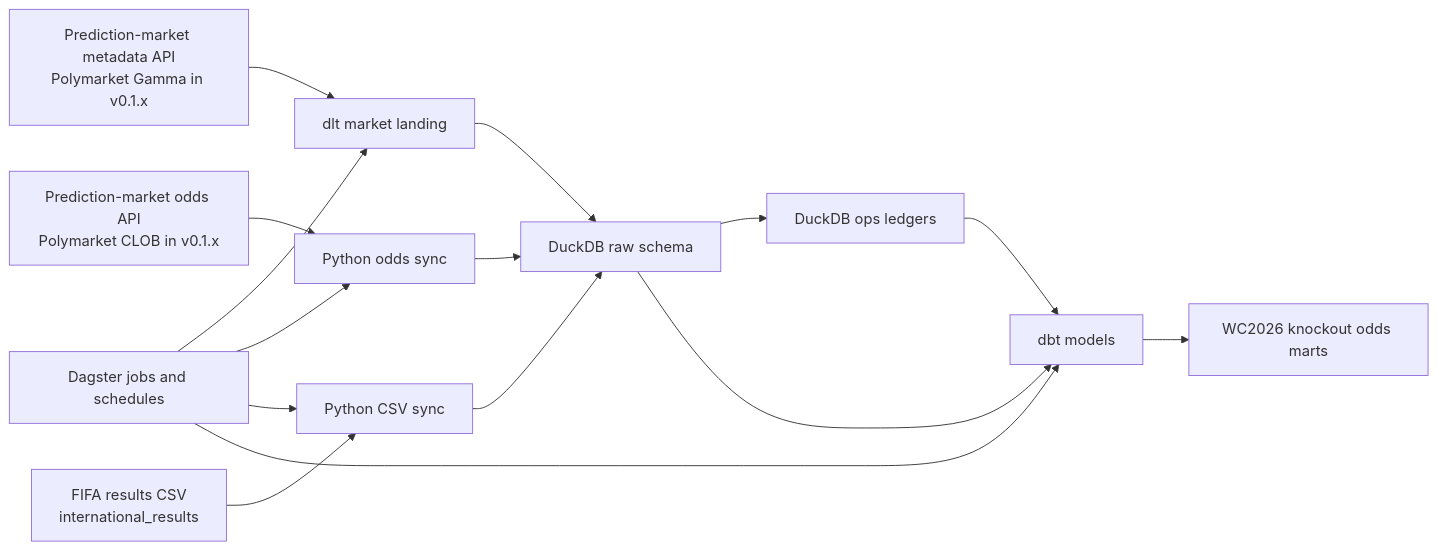
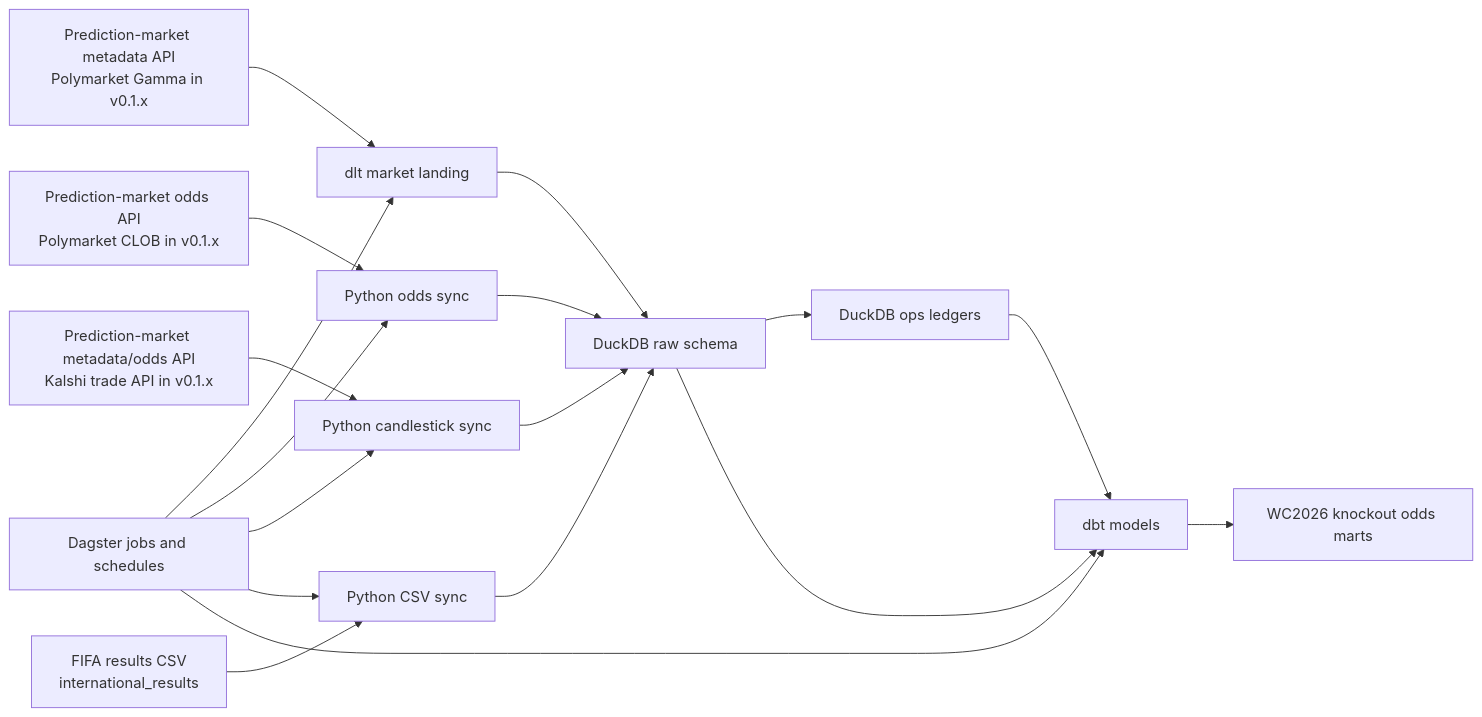
Before and after one commit to hypertrial/oddsfox-pipeline: the first of 2 diagrams in docs/architecture.md, drawn with Mermaid. The commit also changed other lines of this file and 83 other files, not shown here.

Commit message:
Add Kalshi WC2026 pipeline with ingest, Dagster jobs, and dbt marts.

````diff
--- a/docs/architecture.md
+++ b/docs/architecture.md
@@ -25,17 +25,20 @@
 ```mermaid
 flowchart LR
     gamma["Prediction-market metadata API<br/>Polymarket Gamma in v0.1.x"] --> dlt["dlt market landing"]
     clob["Prediction-market odds API<br/>Polymarket CLOB in v0.1.x"] --> odds["Python odds sync"]
+    kalshi_api["Prediction-market metadata/odds API<br/>Kalshi trade API in v0.1.x"] --> kalshi_sync["Python candlestick sync"]
     results["FIFA results CSV<br/>international_results"] --> result_sync["Python CSV sync"]
     dlt --> raw["DuckDB raw schema"]
     odds --> raw
+    kalshi_sync --> raw
     result_sync --> raw
     raw --> ops["DuckDB ops ledgers"]
     raw --> dbt["dbt models"]
     ops --> dbt
     dbt --> marts["WC2026 knockout odds marts"]
     dagster["Dagster jobs and schedules"] --> dlt
     dagster --> odds
+    dagster --> kalshi_sync
     dagster --> result_sync
     dagster --> dbt
 ```
````
